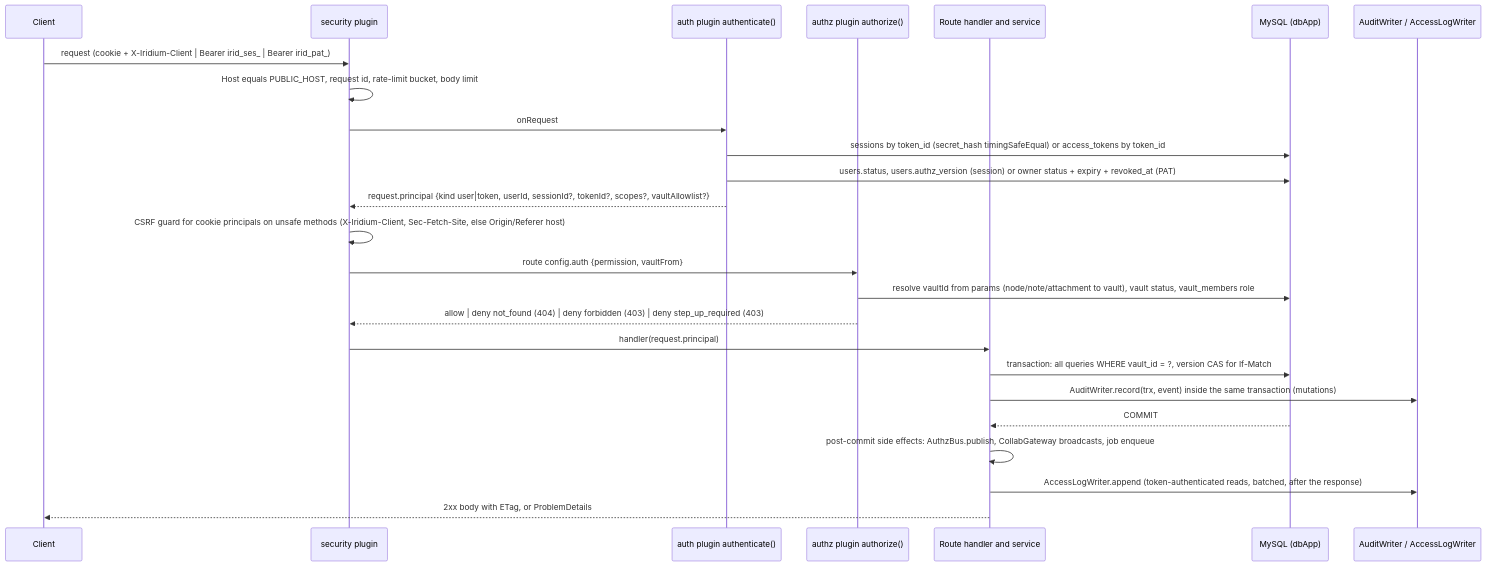
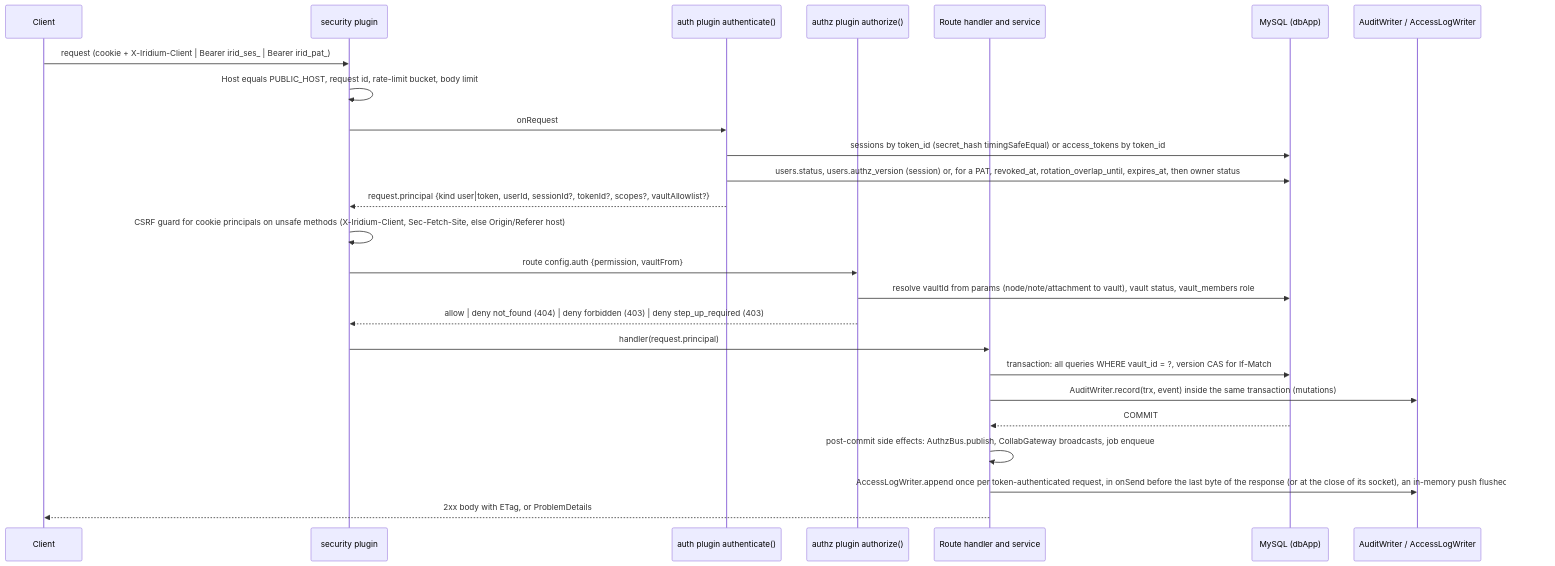
One commit to Mythikos/iridium changed the third of 12 diagrams in docs/plan/02-system-architecture.md. Above: the diagram before and after it, drawn with Mermaid. The commit also changed other lines of this file and 135 other files, not shown here.

````diff
--- a/docs/plan/02-system-architecture.md
+++ b/docs/plan/02-system-architecture.md
@@ -255,27 +258,27 @@
 ```mermaid
 sequenceDiagram
   participant C as Client
   participant S as security plugin
   participant A as auth plugin authenticate()
   participant Z as authz plugin authorize()
   participant H as Route handler and service
   participant D as MySQL (dbApp)
   participant L as AuditWriter / AccessLogWriter
   C->>S: request (cookie + X-Iridium-Client | Bearer irid_ses_ | Bearer irid_pat_)
   S->>S: Host equals PUBLIC_HOST, request id, rate-limit bucket, body limit
   S->>A: onRequest
   A->>D: sessions by token_id (secret_hash timingSafeEqual) or access_tokens by token_id
-  A->>D: users.status, users.authz_version (session) or owner status + expiry + revoked_at (PAT)
+  A->>D: users.status, users.authz_version (session) or, for a PAT, revoked_at, rotation_overlap_until, expires_at, then owner status
   A-->>S: request.principal {kind user|token, userId, sessionId?, tokenId?, scopes?, vaultAllowlist?}
   S->>S: CSRF guard for cookie principals on unsafe methods (X-Iridium-Client, Sec-Fetch-Site, else Origin/Referer host)
   S->>Z: route config.auth {permission, vaultFrom}
   Z->>D: resolve vaultId from params (node/note/attachment to vault), vault status, vault_members role
   Z-->>S: allow | deny not_found (404) | deny forbidden (403) | deny step_up_required (403)
   S->>H: handler(request.principal)
   H->>D: transaction: all queries WHERE vault_id = ?, version CAS for If-Match
   H->>L: AuditWriter.record(trx, event) inside the same transaction (mutations)
   D-->>H: COMMIT
   H->>H: post-commit side effects: AuthzBus.publish, CollabGateway broadcasts, job enqueue
-  H->>L: AccessLogWriter.append (token-authenticated reads, batched, after the response)
+  H->>L: AccessLogWriter.append once per token-authenticated request, in onSend before the last byte of the response (or at the close of its socket), an in-memory push flushed in batches
   H-->>C: 2xx body with ETag, or ProblemDetails
 ```
````
